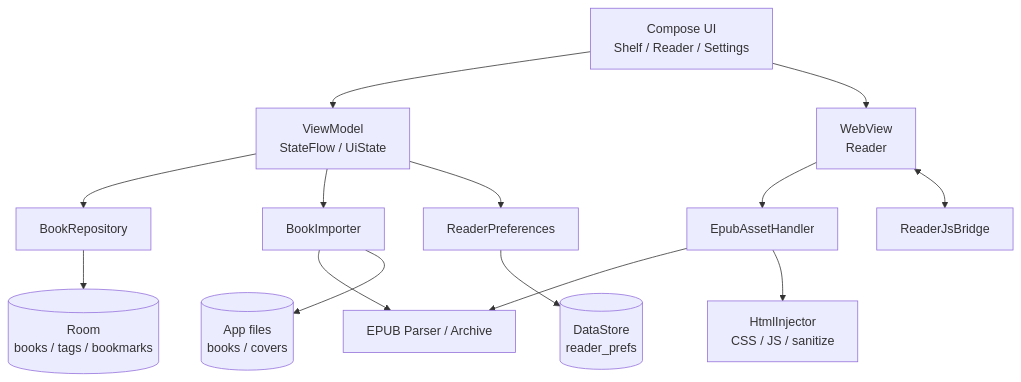
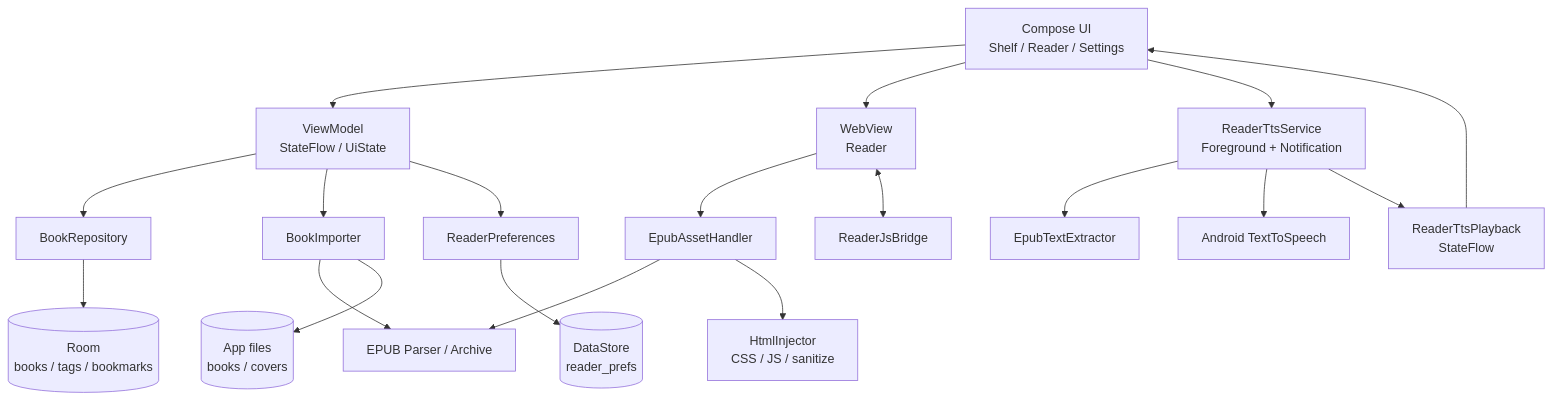
Before and after one commit to mark216tw/android-ebookreader-01: the first of 4 diagrams in docs/系統架構與技術文件.md, drawn with Mermaid. The commit also changed other lines of this file and 27 other files, not shown here.

````diff
--- a/docs/系統架構與技術文件.md
+++ b/docs/系統架構與技術文件.md
@@ -23,16 +24,21 @@
 ```mermaid
 flowchart TB
     UI[Compose UI\nShelf / Reader / Settings] --> VM[ViewModel\nStateFlow / UiState]
     VM --> REPO[BookRepository]
     VM --> IMP[BookImporter]
     VM --> PREFS[ReaderPreferences]
     REPO --> DB[(Room\nbooks / tags / bookmarks)]
     PREFS --> DS[(DataStore\nreader_prefs)]
     IMP --> EPUB[EPUB Parser / Archive]
     IMP --> FILES[(App files\nbooks / covers)]
     UI --> WV[WebView\nReader]
     WV --> ASSET[EpubAssetHandler]
     ASSET --> EPUB
     ASSET --> INJECT[HtmlInjector\nCSS / JS / sanitize]
     WV <--> BRIDGE[ReaderJsBridge]
+    UI --> TTS[ReaderTtsService\nForeground + Notification]
+    TTS --> EXT[EpubTextExtractor]
+    TTS --> TTSENG[Android TextToSpeech]
+    TTS --> STATE[ReaderTtsPlayback\nStateFlow]
+    STATE --> UI
 ```
````
